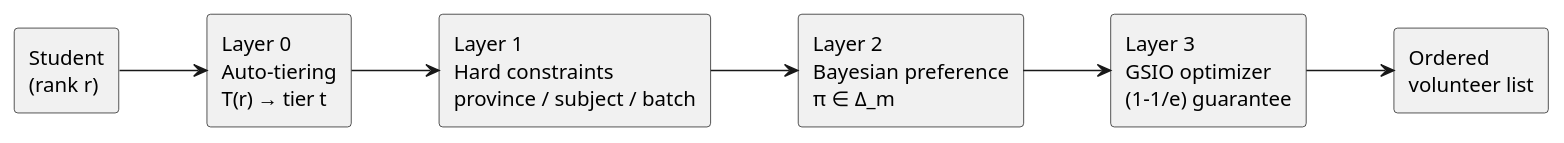
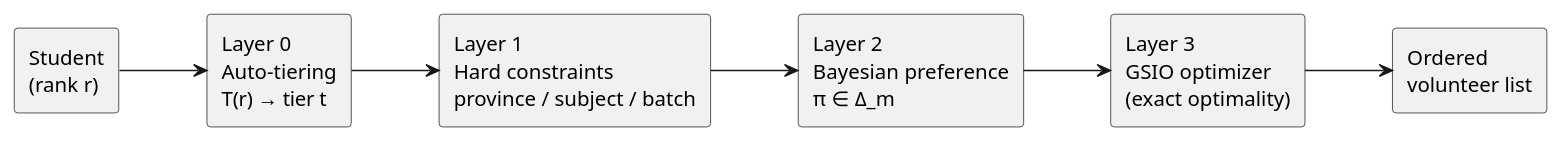
Before and after one commit to LibertychaserUS/bsaa-gaokao-theory: the diagram in docs/figures/fig1_pipeline.puml, drawn with PlantUML. The commit also changed 9 other files, not shown here.

Commit message:
docs: 图形与门面一致性修正 —— Fig1 (exact optimality) 标签纠正、Fig5 图题改 Greedy-to-optimal、生成器/table json 编号同步、README 修正(GSIO 全称/定理号/CI 门清单)、PDF 重编译 13 页

```diff
--- a/docs/figures/fig1_pipeline.puml
+++ b/docs/figures/fig1_pipeline.puml
@@ -1,16 +1,16 @@
 @startuml
 left to right direction
 
 rectangle "Student\n(rank r)" as start
 rectangle "Layer 0\nAuto-tiering\nT(r) → tier t" as tier
 rectangle "Layer 1\nHard constraints\nprovince / subject / batch" as filter
 rectangle "Layer 2\nBayesian preference\nπ ∈ Δ_m" as pref
-rectangle "Layer 3\nGSIO optimizer\n(1-1/e) guarantee" as gsio
+rectangle "Layer 3\nGSIO optimizer\n(exact optimality)" as gsio
 rectangle "Ordered\nvolunteer list" as end
 
 start --> tier
 tier --> filter
 filter --> pref
 pref --> gsio
 gsio --> end
 @enduml
```
